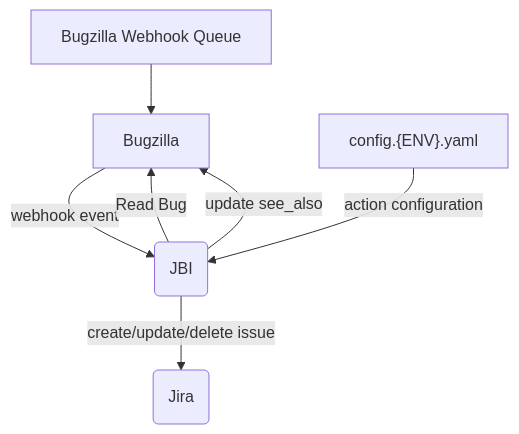
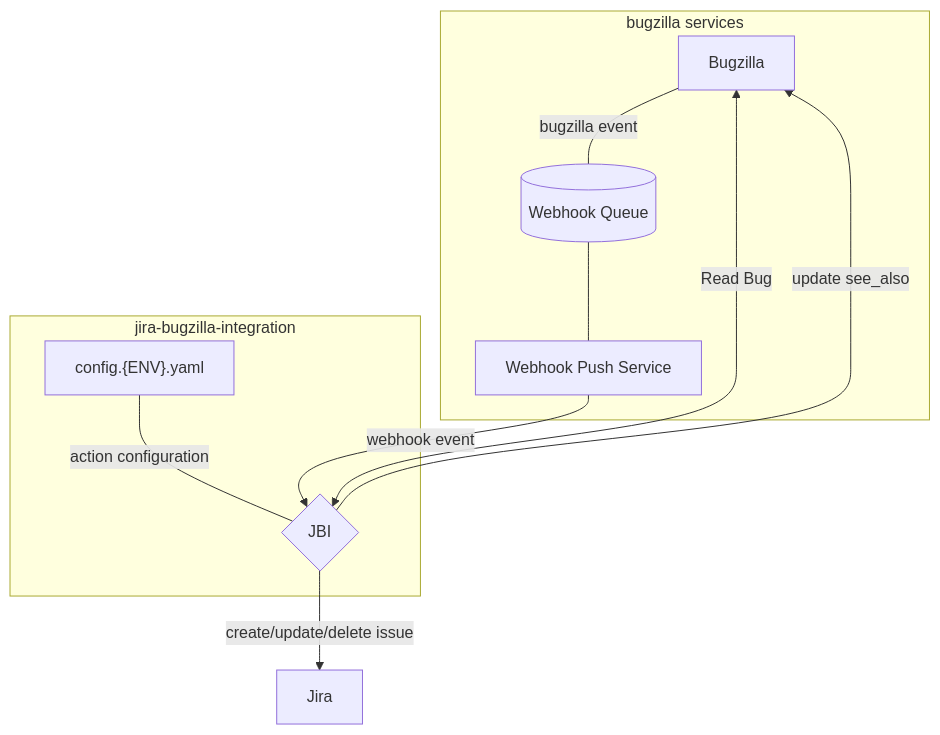
Before and after one commit to mozilla/jira-bugzilla-integration: the diagram in diagrams/basic_jbi_diagram.md, drawn with Mermaid.

````diff
--- a/diagrams/basic_jbi_diagram.md
+++ b/diagrams/basic_jbi_diagram.md
@@ -1,9 +1,14 @@
 ``` mermaid
 graph TD
-    A[Bugzilla Webhook Queue] --> B[Bugzila]
-    B[Bugzilla] -->|webhook event| C(JBI)
-    C --> |create/update/delete issue| D(Jira)
-    C -->|Read Bug| B
-    C -->|update see_also| B
-    E["config.{ENV}.yaml"] -->|action configuration| C
+    subgraph bugzilla services
+        A[Bugzilla] ---|bugzilla event| B[(Webhook Queue)]
+        B --- C[Webhook Push Service]
+    end
+    D --> |create/update/delete issue| E[Jira]
+    D<-->|Read Bug| A
+    D -->|update see_also| A
+    subgraph jira-bugzilla-integration
+        C -->|webhook event| D{JBI}
+        F["config.{ENV}.yaml"] ---|action configuration| D
+    end
 ```
````
